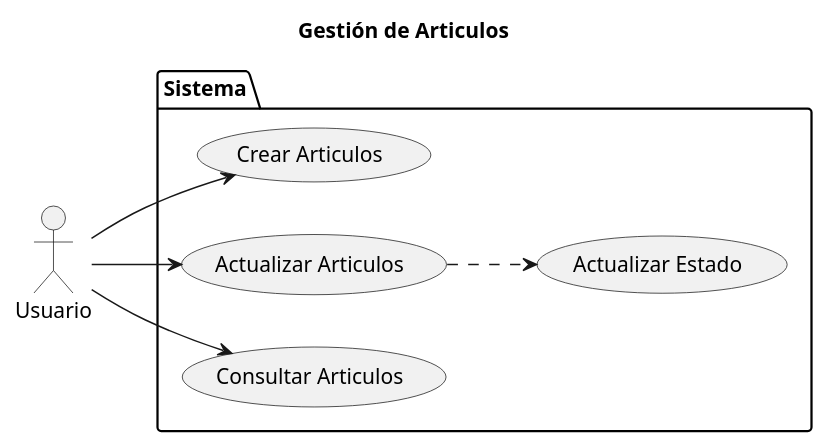
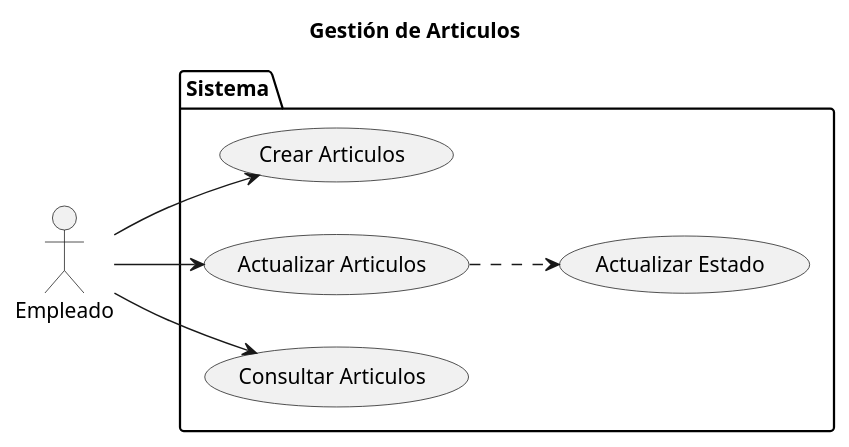
One commit to marcelolezcanodev/GarageGuru changed the diagram in Diagramas/caso_de_uso_Articulos.plantuml. Above: the diagram before and after it, drawn with PlantUML. The commit also changed 7 other files, not shown here.

Commit message:
Se agregaron mas diagramas de actividades

```diff
--- a/Diagramas/caso_de_uso_Articulos.plantuml
+++ b/Diagramas/caso_de_uso_Articulos.plantuml
@@ -1,24 +1,24 @@
-@startuml articulos
+@startuml CU_articulos
 
 left to right direction
 
 title Gestión de Articulos
 
-actor Usuario as User
+actor Empleado as User
 
 package Sistema {
 
     USECASE "Crear Articulos" as UC_Generar
     USECASE "Actualizar Articulos" as UC_Editar
     USECASE "Consultar Articulos" as UC_Consultar
     USECASE "Actualizar Estado" as UCE_Actualizar
 
     UC_Editar ..> UCE_Actualizar
 
 }
 
 User --> UC_Generar
 User --> UC_Editar
 User --> UC_Consultar
 
 @enduml
```
